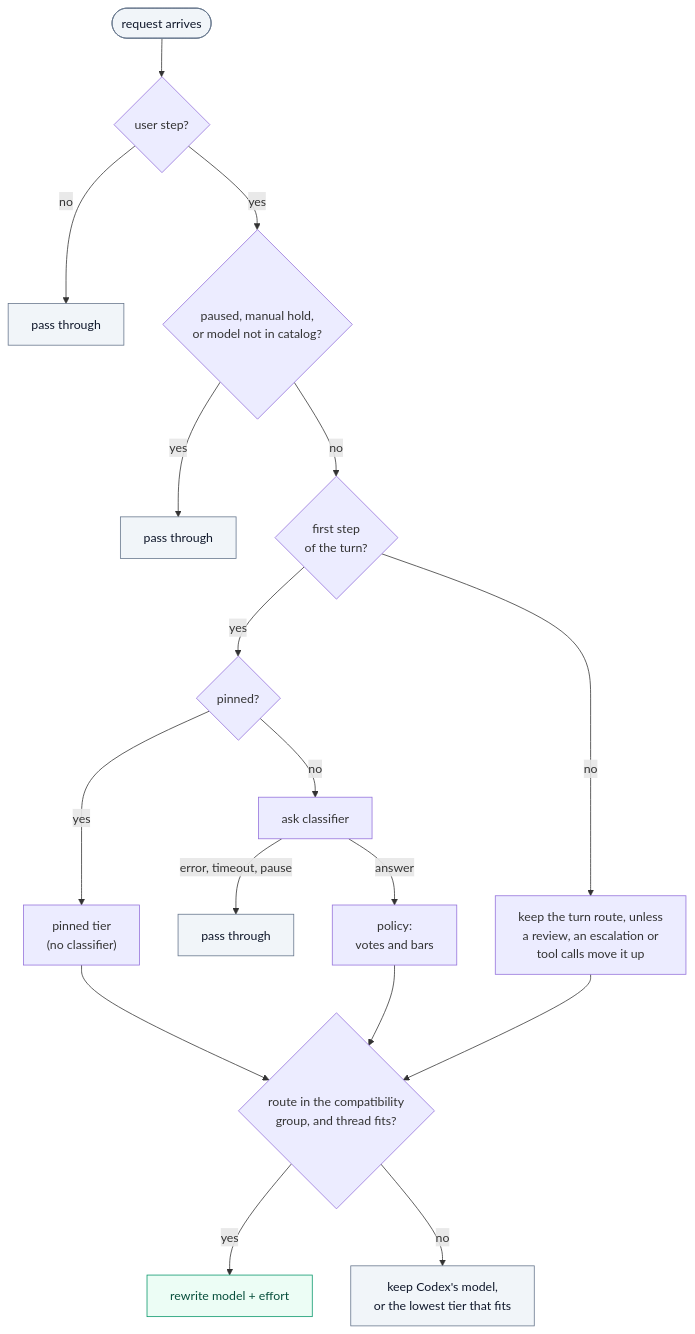
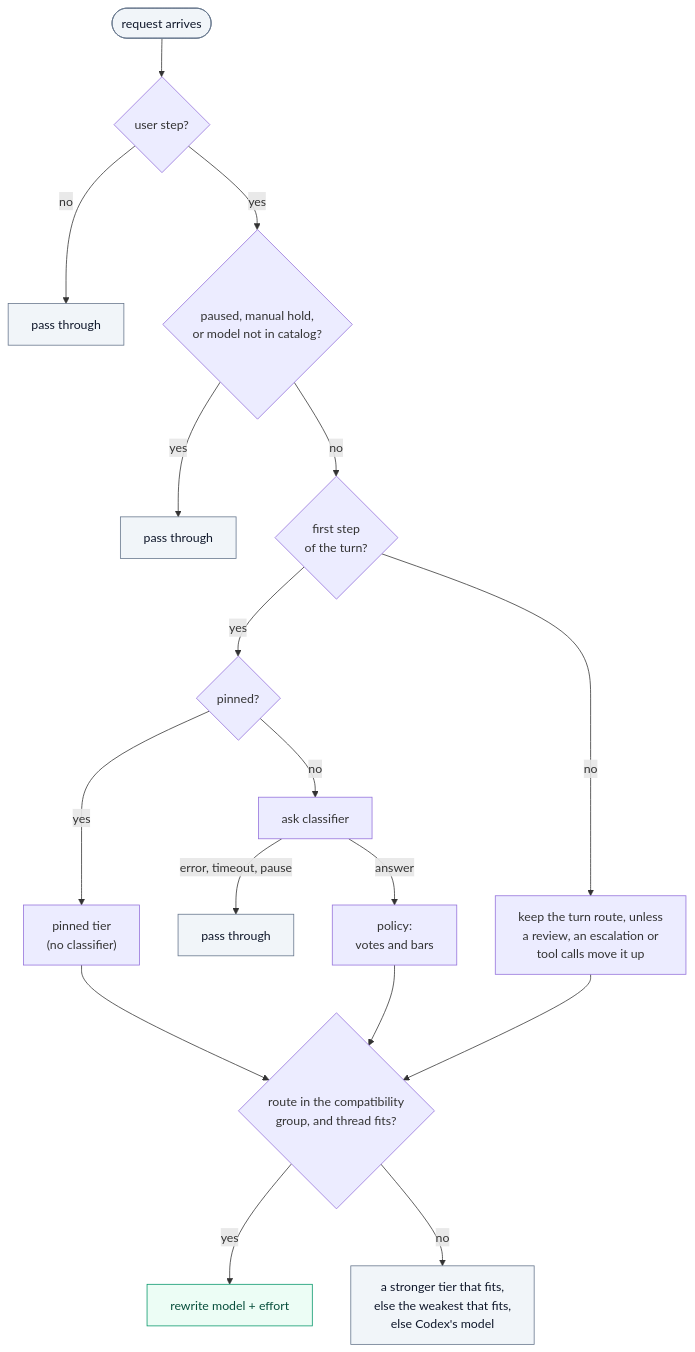
Before and after one commit to alexei-led/codex-router: the fifth of 9 diagrams in docs/architecture.md, drawn with Mermaid. The commit also changed other lines of this file and 5 other files, not shown here.

First line of the commit message:
docs: align architecture, guide and config reference with the code

````diff
--- a/docs/architecture.md
+++ b/docs/architecture.md
@@ -162,22 +169,22 @@
 ```mermaid
 flowchart TD
   req(["request arrives"]):::stay --> user{"user step?"}
   user -->|no| p1["pass through"]:::stay
   user -->|yes| off{"paused, manual hold,<br/>or model not in catalog?"}
   off -->|yes| p2["pass through"]:::stay
   off -->|no| first{"first step<br/>of the turn?"}
   first -->|yes| pinned{"pinned?"}
   pinned -->|yes| pin["pinned tier<br/>(no classifier)"]
   pinned -->|no| ask["ask classifier"]
   ask -->|"error, timeout, pause"| p3["pass through"]:::stay
   ask -->|answer| pol["policy:<br/>votes and bars"]
   first -->|no| later["keep the turn route, unless<br/>a review, an escalation or<br/>tool calls move it up"]
   pin --> guard{"route in the compatibility<br/>group, and thread fits?"}
   pol --> guard
   later --> guard
   guard -->|yes| rw["rewrite model + effort"]:::core
-  guard -->|"no"| keep["keep Codex's model,<br/>or the lowest tier that fits"]:::stay
+  guard -->|"no"| keep["a stronger tier that fits,<br/>else the weakest that fits,<br/>else Codex's model"]:::stay
 
   classDef core fill:#ecfdf5,stroke:#059669,color:#064e3b
   classDef stay fill:#f1f5f9,stroke:#64748b,color:#0f172a
 ```
````
